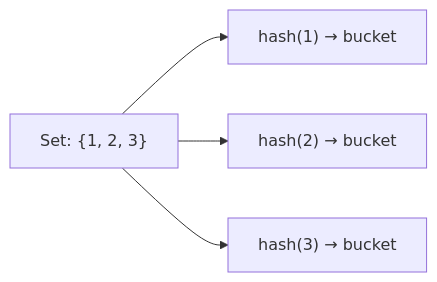
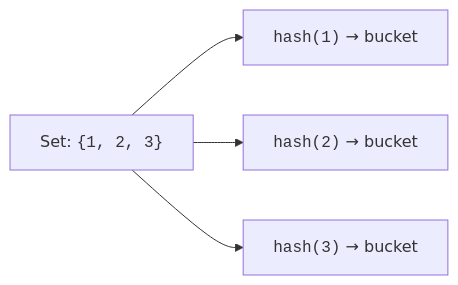
The first of 2 diagrams in content/learn/python-basics/sets.mdx (dataslope/dataslope), drawn with Mermaid before and after one commit. The commit also changed other lines of this file and 218 other files, not shown here.

First line of the commit message:
Render code-only mermaid shapes in monospace; convert step sequences to Steps (#467)

````diff
--- a/content/learn/python-basics/sets.mdx
+++ b/content/learn/python-basics/sets.mdx
@@ -14,6 +14,6 @@
 ```mermaid
 flowchart LR
-    A["Set: {1, 2, 3}"] --> B["hash(1) → bucket"]
-    A --> C["hash(2) → bucket"]
-    A --> D["hash(3) → bucket"]
+    A["Set: <code>{1, 2, 3}</code>"] --> B["<code>hash(1)</code> → bucket"]
+    A --> C["<code>hash(2)</code> → bucket"]
+    A --> D["<code>hash(3)</code> → bucket"]
 ```
````
